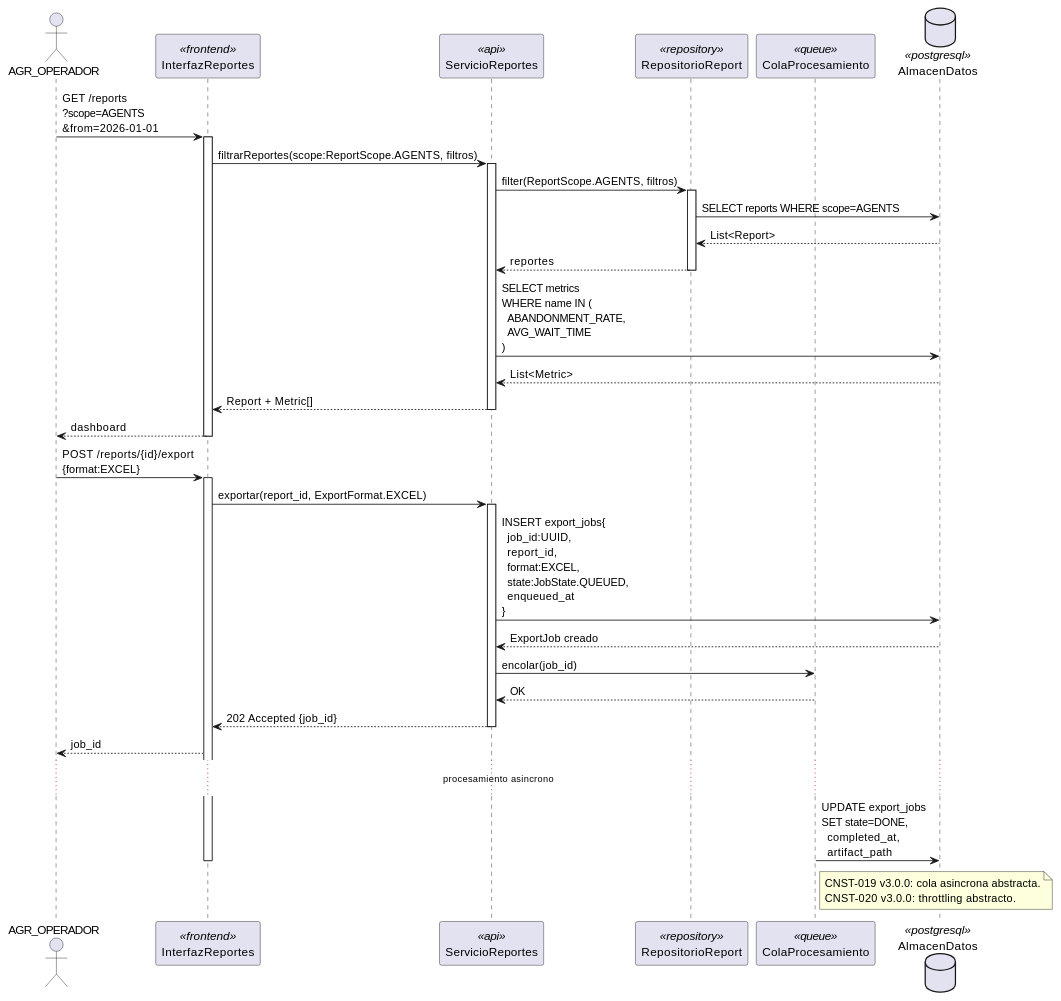
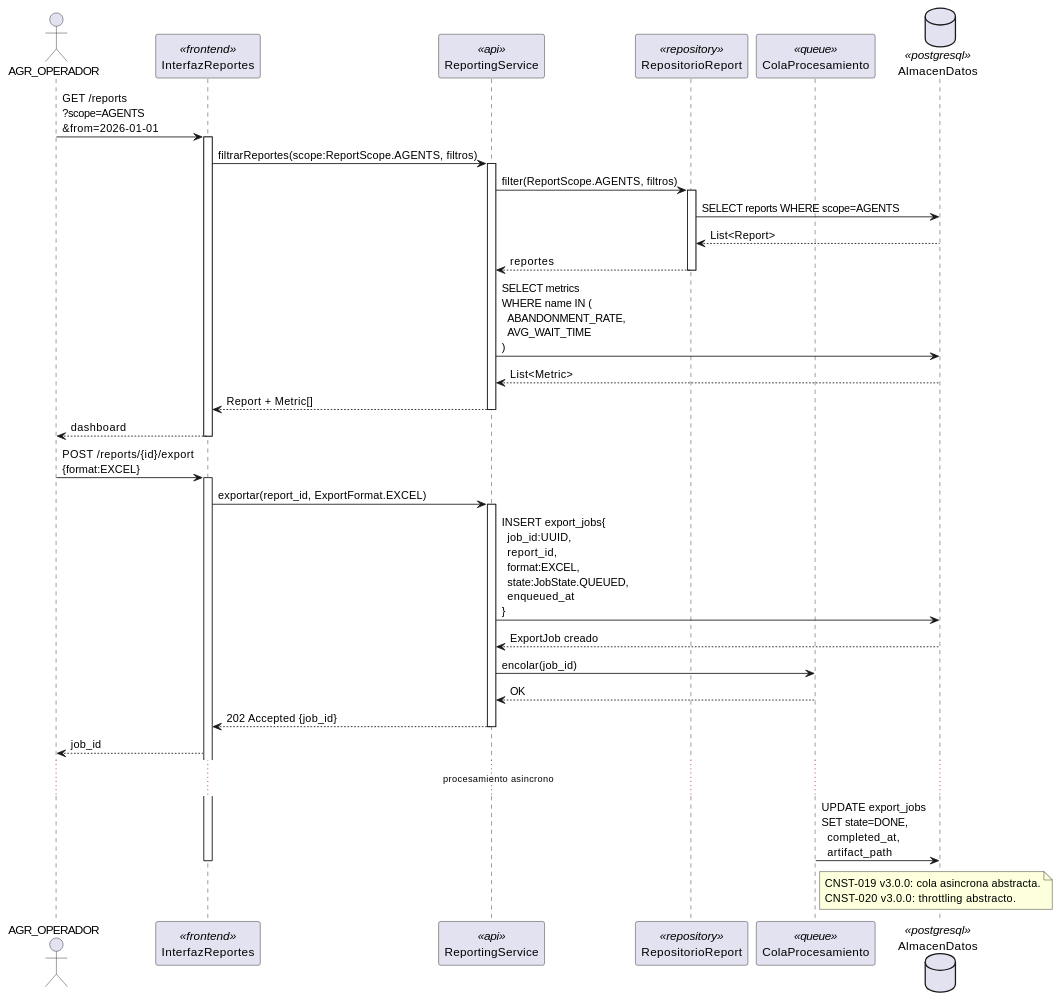
The diagram in source/arquitectura-tecnica/design-view/seq-reports.rst (jcg-admin/IACT-docs), drawn with PlantUML before and after one commit. The commit also changed 79 other files, not shown here.

```diff
--- a/source/arquitectura-tecnica/design-view/seq-reports.rst
+++ b/source/arquitectura-tecnica/design-view/seq-reports.rst
@@ -24,61 +24,61 @@
 .. uml::
  :caption: Design View MOD_Reports — reporte con filtros, metricas y exportacion asincrona.
 
  @startuml
 
  actor AGR_OPERADOR
 
  participant InterfazReportes   <<frontend>>
- participant ServicioReportes   <<api>>
+ participant ReportingService   <<api>>
  participant RepositorioReport  <<repository>>
  participant ColaProcesamiento  <<queue>>
  database    AlmacenDatos       <<postgresql>>
 
  AGR_OPERADOR -> InterfazReportes : GET /reports\n?scope=AGENTS\n&from=2026-01-01
  activate InterfazReportes
 
- InterfazReportes -> ServicioReportes : filtrarReportes(scope:ReportScope.AGENTS, filtros)
- activate ServicioReportes
+ InterfazReportes -> ReportingService : filtrarReportes(scope:ReportScope.AGENTS, filtros)
+ activate ReportingService
 
- ServicioReportes -> RepositorioReport : filter(ReportScope.AGENTS, filtros)
+ ReportingService -> RepositorioReport : filter(ReportScope.AGENTS, filtros)
  activate RepositorioReport
  RepositorioReport -> AlmacenDatos : SELECT reports WHERE scope=AGENTS
  AlmacenDatos --> RepositorioReport : List<Report>
- RepositorioReport --> ServicioReportes : reportes
+ RepositorioReport --> ReportingService : reportes
  deactivate RepositorioReport
 
- ServicioReportes -> AlmacenDatos : SELECT metrics\nWHERE name IN (\n  ABANDONMENT_RATE,\n  AVG_WAIT_TIME\n)
- AlmacenDatos --> ServicioReportes : List<Metric>
+ ReportingService -> AlmacenDatos : SELECT metrics\nWHERE name IN (\n  ABANDONMENT_RATE,\n  AVG_WAIT_TIME\n)
+ AlmacenDatos --> ReportingService : List<Metric>
 
- ServicioReportes --> InterfazReportes : Report + Metric[]
- deactivate ServicioReportes
+ ReportingService --> InterfazReportes : Report + Metric[]
+ deactivate ReportingService
  InterfazReportes --> AGR_OPERADOR : dashboard
  deactivate InterfazReportes
 
  AGR_OPERADOR -> InterfazReportes : POST /reports/{id}/export\n{format:EXCEL}
  activate InterfazReportes
 
- InterfazReportes -> ServicioReportes : exportar(report_id, ExportFormat.EXCEL)
- activate ServicioReportes
+ InterfazReportes -> ReportingService : exportar(report_id, ExportFormat.EXCEL)
+ activate ReportingService
 
- ServicioReportes -> AlmacenDatos : INSERT export_jobs{\n  job_id:UUID,\n  report_id,\n  format:EXCEL,\n  state:JobState.QUEUED,\n  enqueued_at\n}
- AlmacenDatos --> ServicioReportes : ExportJob creado
+ ReportingService -> AlmacenDatos : INSERT export_jobs{\n  job_id:UUID,\n  report_id,\n  format:EXCEL,\n  state:JobState.QUEUED,\n  enqueued_at\n}
+ AlmacenDatos --> ReportingService : ExportJob creado
 
- ServicioReportes -> ColaProcesamiento : encolar(job_id)
- ColaProcesamiento --> ServicioReportes : OK
+ ReportingService -> ColaProcesamiento : encolar(job_id)
+ ColaProcesamiento --> ReportingService : OK
 
- ServicioReportes --> InterfazReportes : 202 Accepted {job_id}
- deactivate ServicioReportes
+ ReportingService --> InterfazReportes : 202 Accepted {job_id}
+ deactivate ReportingService
  InterfazReportes --> AGR_OPERADOR : job_id
 
  ... procesamiento asincrono ...
 
  ColaProcesamiento -> AlmacenDatos : UPDATE export_jobs\nSET state=DONE,\n  completed_at,\n  artifact_path
  deactivate InterfazReportes
 
  note right of ColaProcesamiento
    CNST-019 v3.0.0: cola asincrona abstracta.
    CNST-020 v3.0.0: throttling abstracto.
  end note
 
  @enduml
```
